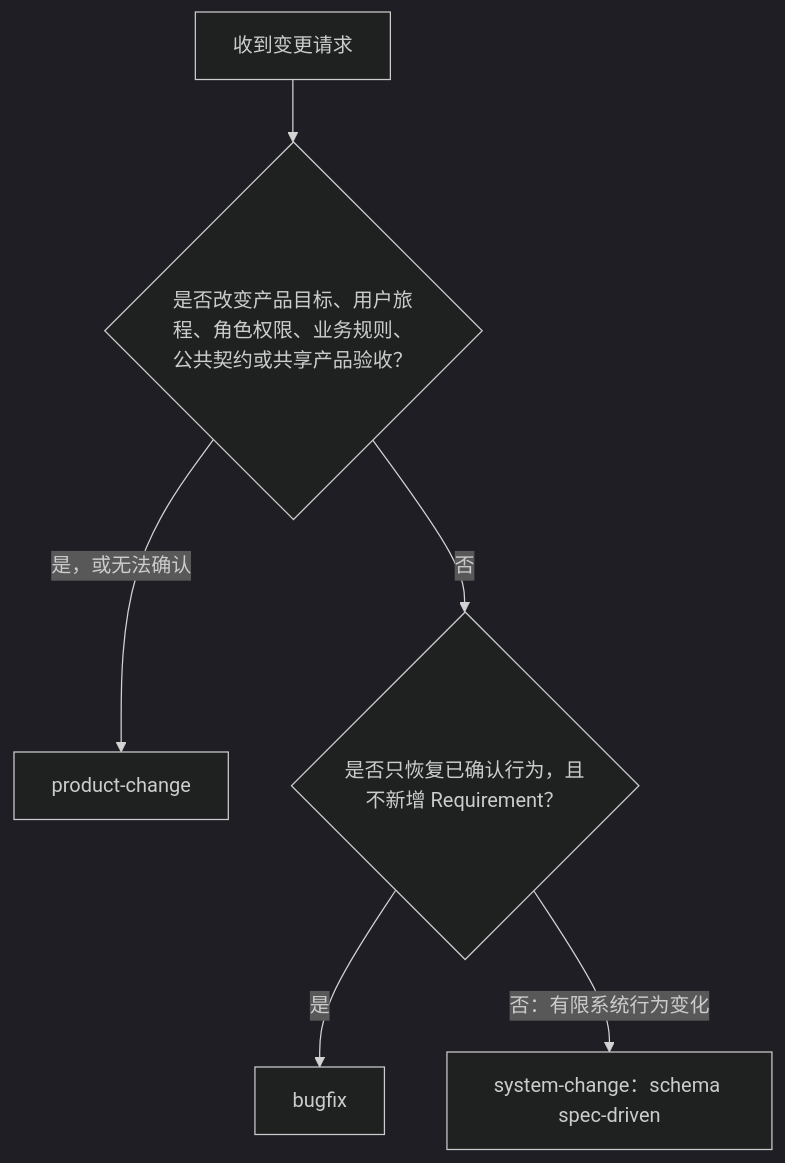
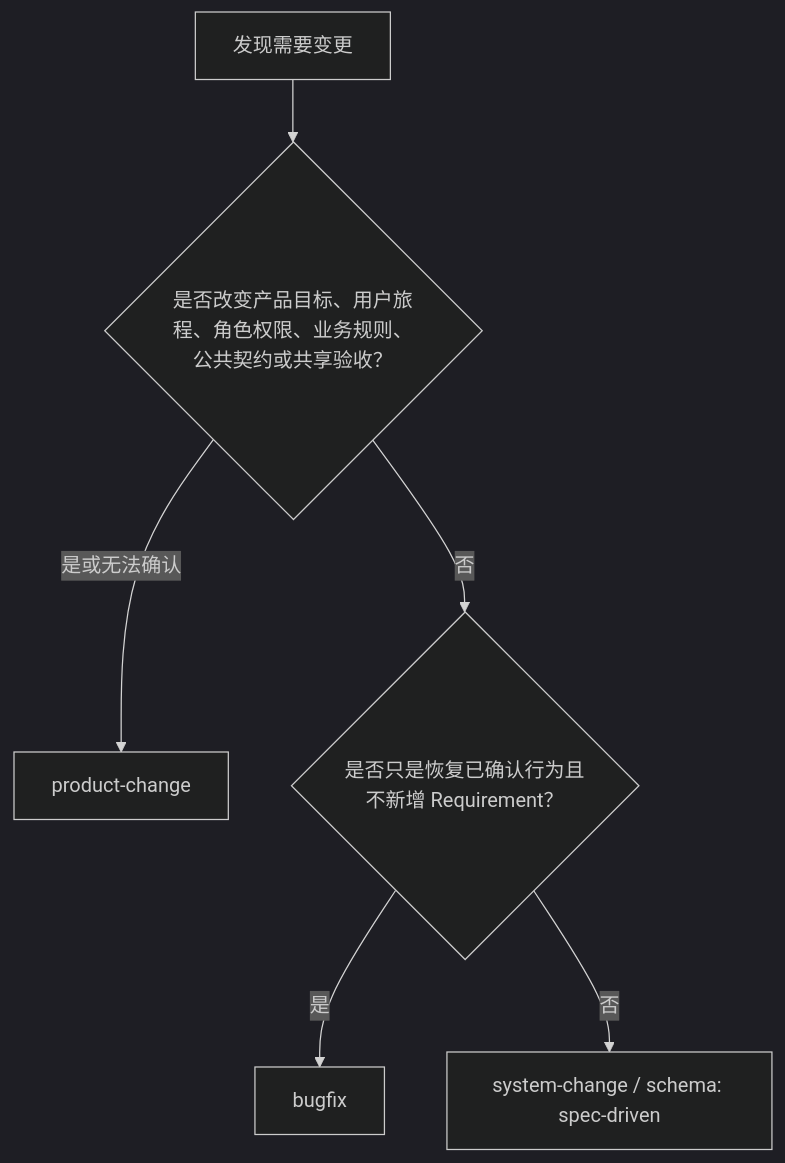
Before and after one commit to haoranliu66/openspec_workflow: the first of 3 diagrams in README.md, drawn with Mermaid (dark theme). The commit also changed other lines of this file and 85 other files, not shown here.

````diff
--- a/README.md
+++ b/README.md
@@ -113,8 +102,8 @@
 ```mermaid
 flowchart TD
-    A["收到变更请求"] --> B{"是否改变产品目标、用户旅程、角色权限、业务规则、公共契约或共享产品验收？"}
-    B -- "是，或无法确认" --> P["product-change"]
-    B -- "否" --> C{"是否只恢复已确认行为，且不新增 Requirement？"}
+    A["发现需要变更"] --> B{"是否改变产品目标、用户旅程、角色权限、业务规则、公共契约或共享验收？"}
+    B -- "是或无法确认" --> P["product-change"]
+    B -- "否" --> C{"是否只是恢复已确认行为且不新增 Requirement？"}
     C -- "是" --> F["bugfix"]
-    C -- "否：有限系统行为变化" --> S["system-change：schema spec-driven"]
+    C -- "否" --> S["system-change / schema: spec-driven"]
 ```
````
